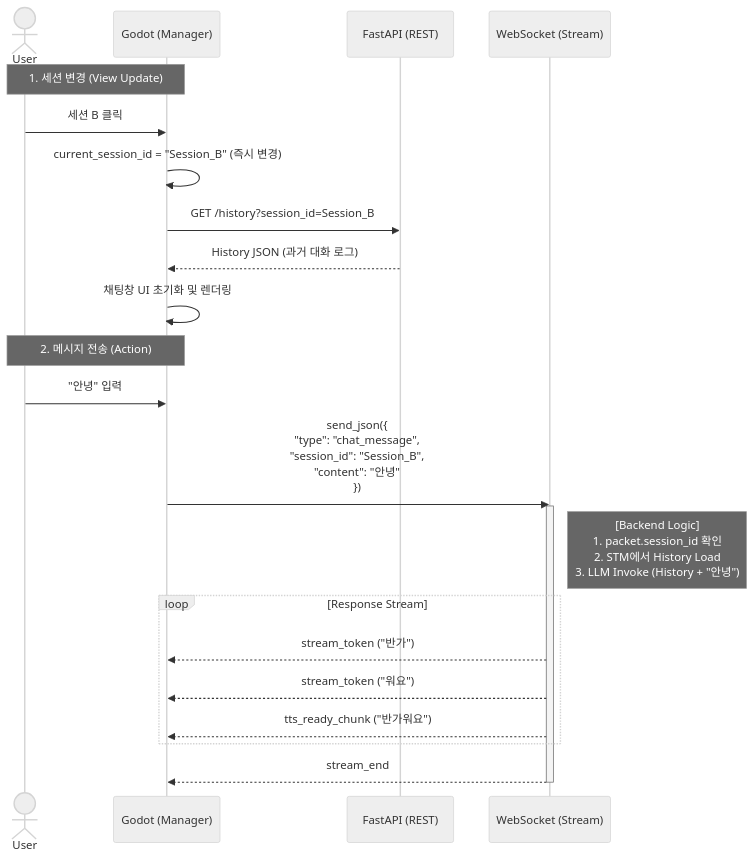
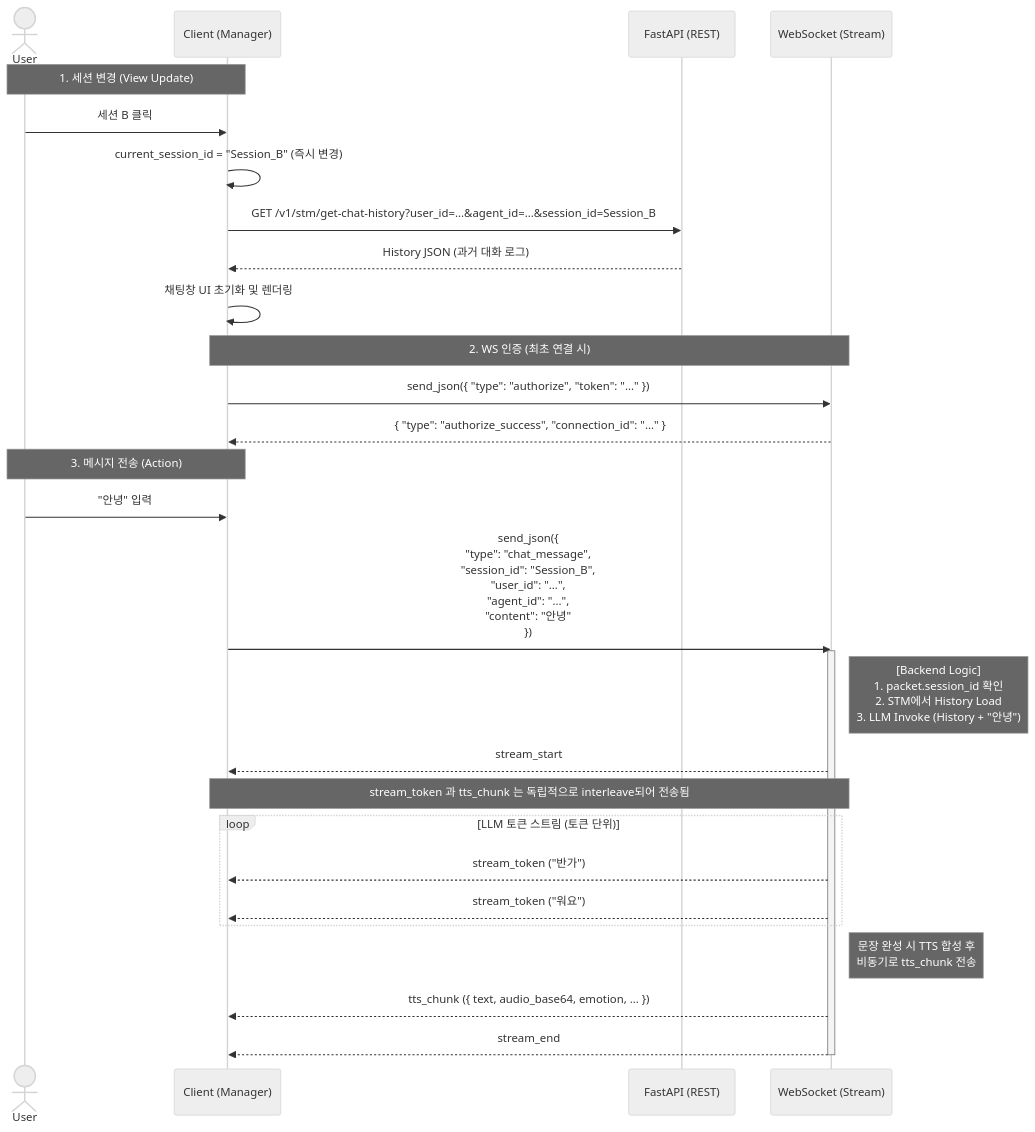
Before and after one commit to yw0nam/DesktopMatePlus: the diagram in docs/data_flow/session/SWITCH_SESSION.md, drawn with Mermaid (neutral theme). The commit also changed 3 other files, not shown here.

Commit message:
docs: update data flow

````diff
--- a/docs/data_flow/session/SWITCH_SESSION.md
+++ b/docs/data_flow/session/SWITCH_SESSION.md
@@ -5,29 +5,36 @@
 ```mermaid
 sequenceDiagram
     actor User as User
-    participant FE as Godot (Manager)
+    participant FE as Client (Manager)
     participant BE_API as FastAPI (REST)
     participant BE_WS as WebSocket (Stream)
 
     Note over User, FE: 1. 세션 변경 (View Update)
     User->>FE: 세션 B 클릭
     FE->>FE: current_session_id = "Session_B" (즉시 변경)
-    FE->>BE_API: GET /history?session_id=Session_B
+    FE->>BE_API: GET /v1/stm/get-chat-history?user_id=...&agent_id=...&session_id=Session_B
     BE_API-->>FE: History JSON (과거 대화 로그)
     FE->>FE: 채팅창 UI 초기화 및 렌더링
 
-    Note over User, FE: 2. 메시지 전송 (Action)
+    Note over FE, BE_WS: 2. WS 인증 (최초 연결 시)
+    FE->>BE_WS: send_json({ "type": "authorize", "token": "..." })
+    BE_WS-->>FE: { "type": "authorize_success", "connection_id": "..." }
+
+    Note over User, FE: 3. 메시지 전송 (Action)
     User->>FE: "안녕" 입력
-    FE->>BE_WS: send_json({<br/> "type": "chat_message",<br/> "session_id": "Session_B",<br/> "content": "안녕"<br/>})
+    FE->>BE_WS: send_json({<br/> "type": "chat_message",<br/> "session_id": "Session_B",<br/> "user_id": "...",<br/> "agent_id": "...",<br/> "content": "안녕"<br/>})
 
     activate BE_WS
     Note right of BE_WS: [Backend Logic]<br>1. packet.session_id 확인<br>2. STM에서 History Load<br>3. LLM Invoke (History + "안녕")
 
-    loop Response Stream
+    BE_WS-->>FE: stream_start
+    Note over BE_WS, FE: stream_token 과 tts_chunk 는 독립적으로 interleave되어 전송됨
+    loop LLM 토큰 스트림 (토큰 단위)
         BE_WS-->>FE: stream_token ("반가")
         BE_WS-->>FE: stream_token ("워요")
-        BE_WS-->>FE: tts_ready_chunk ("반가워요")
     end
+    Note right of BE_WS: 문장 완성 시 TTS 합성 후<br>비동기로 tts_chunk 전송
+    BE_WS-->>FE: tts_chunk ({ text, audio_base64, emotion, ... })
     BE_WS-->>FE: stream_end
     deactivate BE_WS
 ```
````
